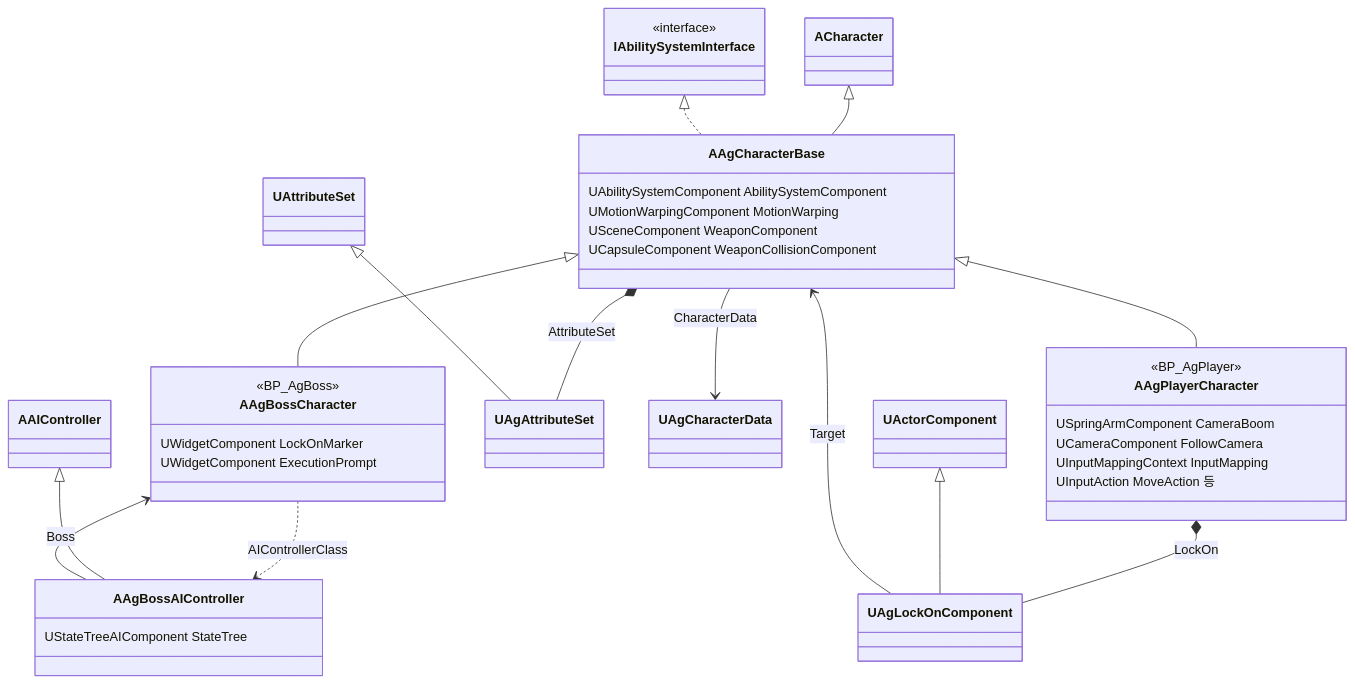
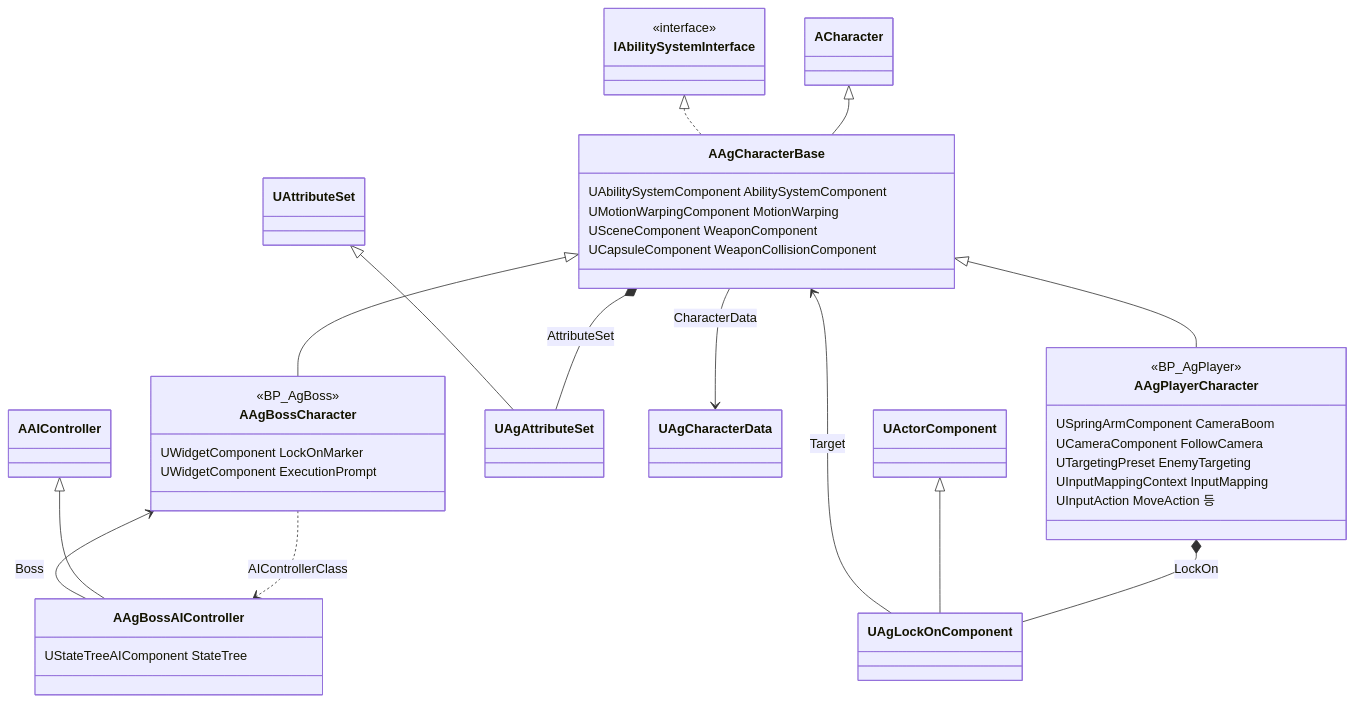
Before and after one commit to Woogl/Ag: the second of 20 diagrams in Docs/Program/클래스 구조도.md, drawn with Mermaid. The commit also changed other lines of this file and 38 other files, not shown here.

````diff
--- a/Docs/Program/클래스 구조도.md
+++ b/Docs/Program/클래스 구조도.md
@@ -58,42 +58,43 @@
 ```mermaid
 classDiagram
     direction TB
     class IAbilitySystemInterface {
         <<interface>>
     }
     class AAgCharacterBase {
         UAbilitySystemComponent AbilitySystemComponent
         UMotionWarpingComponent MotionWarping
         USceneComponent WeaponComponent
         UCapsuleComponent WeaponCollisionComponent
     }
     class AAgPlayerCharacter {
         <<BP_AgPlayer>>
         USpringArmComponent CameraBoom
         UCameraComponent FollowCamera
+        UTargetingPreset EnemyTargeting
         UInputMappingContext InputMapping
         UInputAction MoveAction 등
     }
     class AAgBossCharacter {
         <<BP_AgBoss>>
         UWidgetComponent LockOnMarker
         UWidgetComponent ExecutionPrompt
     }
     class AAgBossAIController {
         UStateTreeAIComponent StateTree
     }
     ACharacter <|-- AAgCharacterBase
     IAbilitySystemInterface <|.. AAgCharacterBase
     AAgCharacterBase <|-- AAgPlayerCharacter
     AAgCharacterBase <|-- AAgBossCharacter
 
     AAgCharacterBase *-- UAgAttributeSet : AttributeSet
     UAttributeSet <|-- UAgAttributeSet
     AAgCharacterBase --> UAgCharacterData : CharacterData
     AAgPlayerCharacter *-- UAgLockOnComponent : LockOn
     UActorComponent <|-- UAgLockOnComponent
     UAgLockOnComponent --> AAgCharacterBase : Target
     AAgBossCharacter ..> AAgBossAIController : AIControllerClass
     AAIController <|-- AAgBossAIController
     AAgBossAIController --> AAgBossCharacter : Boss
 ```
````
